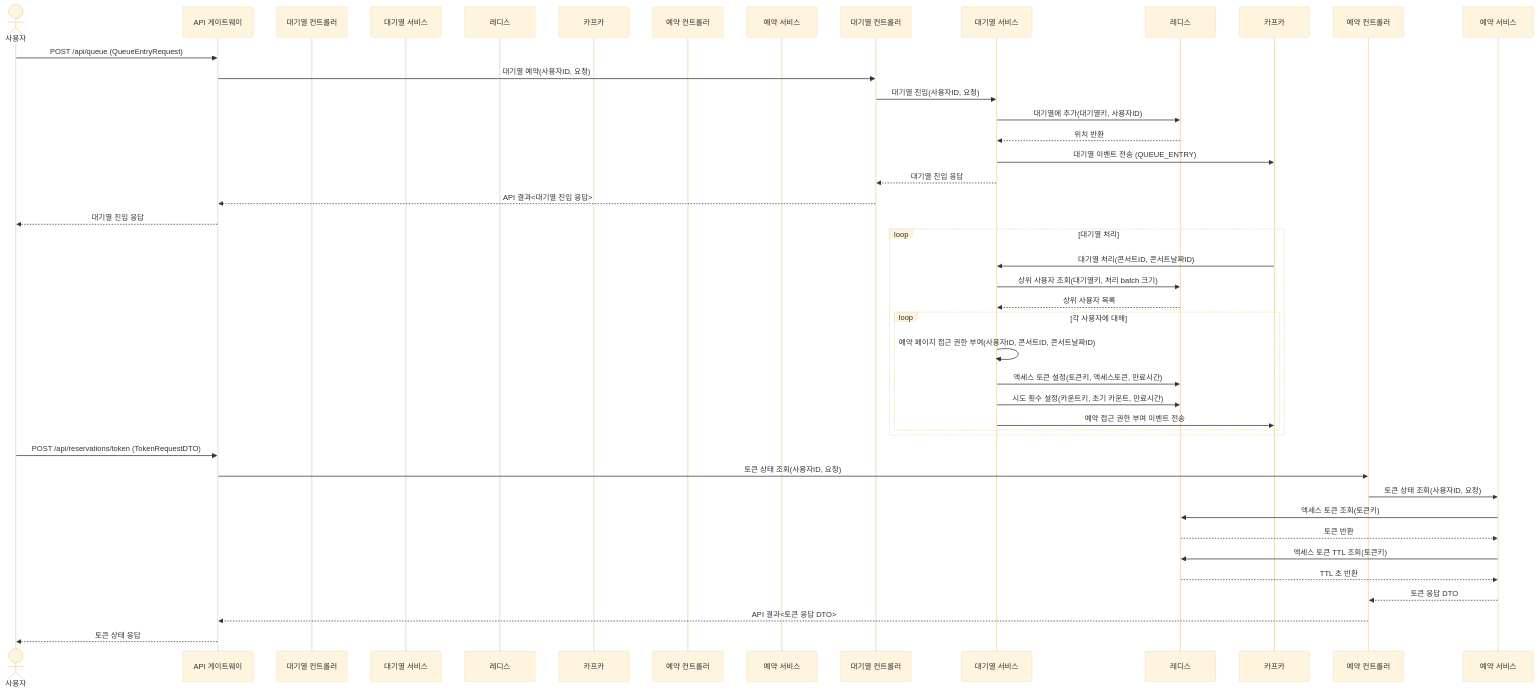
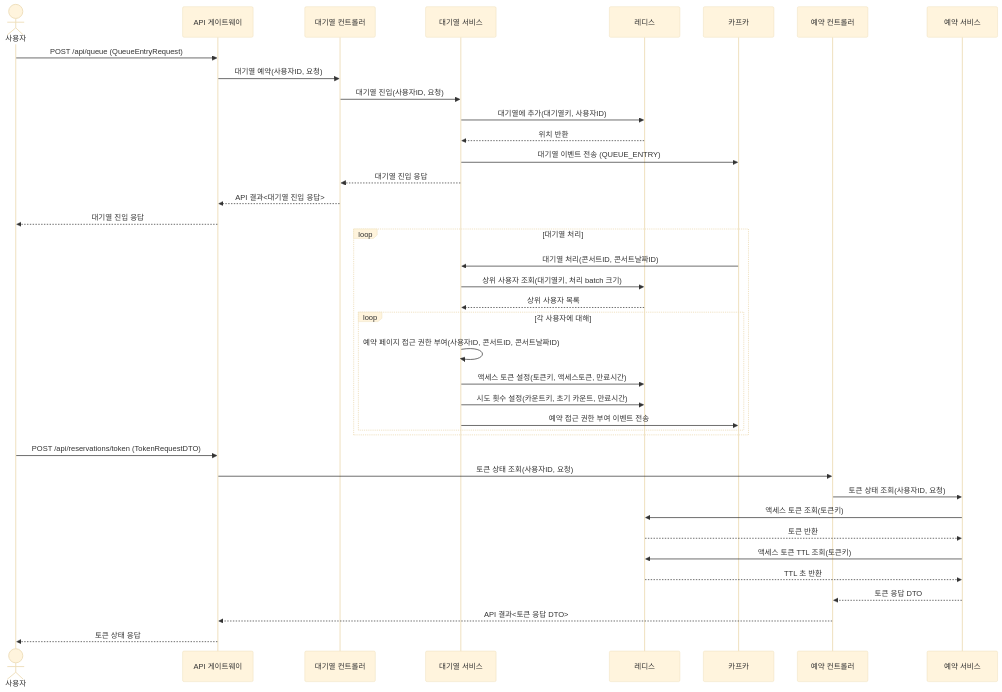
Before and after one commit to hyeseong-dev/ticketing-mngt: the third of 5 diagrams in readme.md, drawn with Mermaid (base theme).

Commit message:
feat: update5 mermaid erd code - 대기열 프로세스 수정

````diff
--- a/readme.md
+++ b/readme.md
@@ -172,45 +172,44 @@
 ```mermaid
 sequenceDiagram
     actor 사용자
     participant API as API 게이트웨이
-    participant QueueController as 대기열 컨트롤러
-    participant QueueService as 대기열 서비스
+    participant QC as 대기열 컨트롤러
+    participant QS as 대기열 서비스
     participant Redis as 레디스
     participant Kafka as 카프카
-    participant ReservationController as 예약 컨트롤러
-    participant ReservationService as 예약 서비스
+    participant RC as 예약 컨트롤러
+    participant RS as 예약 서비스
 
     사용자->>API: POST /api/queue (QueueEntryRequest)
-    API->>대기열 컨트롤러: 대기열 예약(사용자ID, 요청)
-    대기열 컨트롤러->>대기열 서비스: 대기열 진입(사용자ID, 요청)
-    대기열 서비스->>레디스: 대기열에 추가(대기열키, 사용자ID)
-    레디스-->>대기열 서비스: 위치 반환
-    대기열 서비스->>카프카: 대기열 이벤트 전송 (QUEUE_ENTRY)
-    대기열 서비스-->>대기열 컨트롤러: 대기열 진입 응답
-    대기열 컨트롤러-->>API: API 결과<대기열 진입 응답>
+    API->>QC: 대기열 예약(사용자ID, 요청)
+    QC->>QS: 대기열 진입(사용자ID, 요청)
+    QS->>Redis: 대기열에 추가(대기열키, 사용자ID)
+    Redis-->>QS: 위치 반환
+    QS->>Kafka: 대기열 이벤트 전송 (QUEUE_ENTRY)
+    QS-->>QC: 대기열 진입 응답
+    QC-->>API: API 결과<대기열 진입 응답>
     API-->>사용자: 대기열 진입 응답
 
     loop 대기열 처리
-        카프카->>대기열 서비스: 대기열 처리(콘서트ID, 콘서트날짜ID)
-        대기열 서비스->>레디스: 상위 사용자 조회(대기열키, 처리 batch 크기)
-        레디스-->>대기열 서비스: 상위 사용자 목록
+        Kafka->>QS: 대기열 처리(콘서트ID, 콘서트날짜ID)
+        QS->>Redis: 상위 사용자 조회(대기열키, 처리 batch 크기)
+        Redis-->>QS: 상위 사용자 목록
         loop 각 사용자에 대해
-            대기열 서비스->>대기열 서비스: 예약 페이지 접근 권한 부여(사용자ID, 콘서트ID, 콘서트날짜ID)
-            대기열 서비스->>레디스: 액세스 토큰 설정(토큰키, 액세스토큰, 만료시간)
-            대기열 서비스->>레디스: 시도 횟수 설정(카운트키, 초기 카운트, 만료시간)
-            대기열 서비스->>카프카: 예약 접근 권한 부여 이벤트 전송
+            QS->>QS: 예약 페이지 접근 권한 부여(사용자ID, 콘서트ID, 콘서트날짜ID)
+            QS->>Redis: 액세스 토큰 설정(토큰키, 액세스토큰, 만료시간)
+            QS->>Redis: 시도 횟수 설정(카운트키, 초기 카운트, 만료시간)
+            QS->>Kafka: 예약 접근 권한 부여 이벤트 전송
         end
     end
 
     사용자->>API: POST /api/reservations/token (TokenRequestDTO)
-    API->>예약 컨트롤러: 토큰 상태 조회(사용자ID, 요청)
-    예약 컨트롤러->>예약 서비스: 토큰 상태 조회(사용자ID, 요청)
-    예약 서비스->>레디스: 액세스 토큰 조회(토큰키)
-    레디스-->>예약 서비스: 토큰 반환
-    예약 서비스->>레디스: 액세스 토큰 TTL 조회(토큰키)
-    레디스-->>예약 서비스: TTL 초 반환
-    예약 서비스-->>예약 컨트롤러: 토큰 응답 DTO
-    예약 컨트롤러-->>API: API 결과<토큰 응답 DTO>
+    API->>RC: 토큰 상태 조회(사용자ID, 요청)
+    RC->>RS: 토큰 상태 조회(사용자ID, 요청)
+    RS->>Redis: 액세스 토큰 조회(토큰키)
+    Redis-->>RS: 토큰 반환
+    RS->>Redis: 액세스 토큰 TTL 조회(토큰키)
+    Redis-->>RS: TTL 초 반환
+    RS-->>RC: 토큰 응답 DTO
+    RC-->>API: API 결과<토큰 응답 DTO>
     API-->>사용자: 토큰 상태 응답
-
 ```
````
